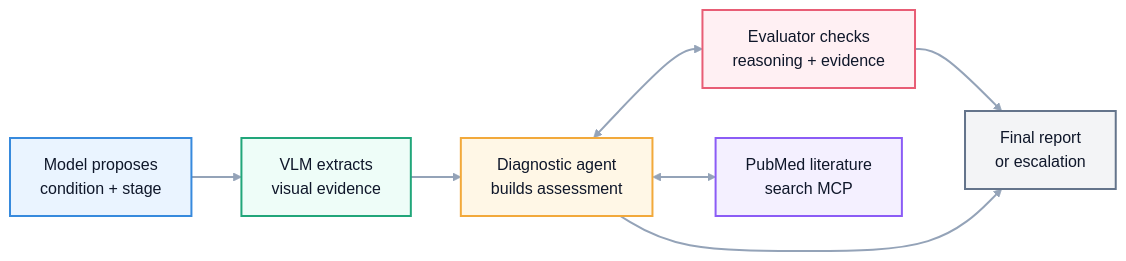
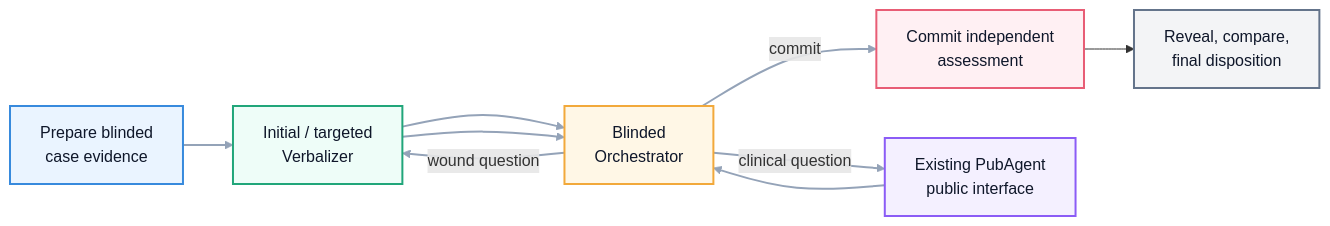
The second of 2 diagrams in README.md (jxia622/WoundMind), drawn with Mermaid before and after one commit. The commit also changed other lines of this file and 38 other files, not shown here.

````diff
--- a/README.md
+++ b/README.md
@@ -62,23 +62,24 @@
 ```mermaid
 flowchart LR
-    A["Model proposes<br/>condition + stage"]:::model
-    B["VLM extracts<br/>visual evidence"]:::vlm
-    C["Diagnostic agent<br/>builds assessment"]:::agent
-    D["Evaluator checks<br/>reasoning + evidence"]:::eval
-    E["PubMed literature<br/>search MCP"]:::mcp
-    F["Final report<br/>or escalation"]:::output
+    A["Prepare blinded<br/>case evidence"]:::model
+    B["Initial / targeted<br/>Verbalizer"]:::vlm
+    C["Blinded<br/>Orchestrator"]:::agent
+    D["Commit independent<br/>assessment"]:::eval
+    E["Existing PubAgent<br/>public interface"]:::mcp
+    F["Reveal, compare,<br/>final disposition"]:::output
 
     A --> B --> C
-    C <--> D
-    C <--> E
-    D --> F
-    C --> F
+    C -->|wound question| B
+    C -->|clinical question| E
+    B --> C
+    E --> C
+    C -->|commit| D --> F
 
     classDef model fill:#eaf4ff,stroke:#378add,stroke-width:2px,color:#0f172a;
     classDef vlm fill:#eefdf8,stroke:#21a67a,stroke-width:2px,color:#0f172a;
     classDef agent fill:#fff7e6,stroke:#f2a93b,stroke-width:2px,color:#0f172a;
     classDef eval fill:#fff0f3,stroke:#e85d75,stroke-width:2px,color:#0f172a;
     classDef mcp fill:#f4f0ff,stroke:#8b5cf6,stroke-width:2px,color:#0f172a;
     classDef output fill:#f3f4f6,stroke:#64748b,stroke-width:2px,color:#0f172a;
-    linkStyle 0,1,2,3,4,5 stroke:#94a3b8,stroke-width:2px;
+    linkStyle 0,1,2,3,4,5,6 stroke:#94a3b8,stroke-width:2px;
 ```
````
